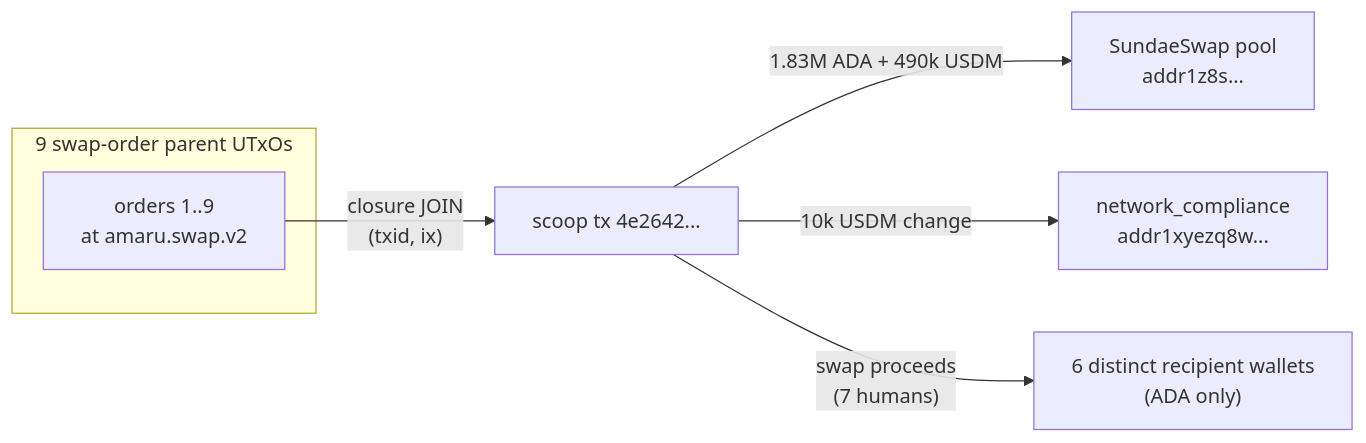
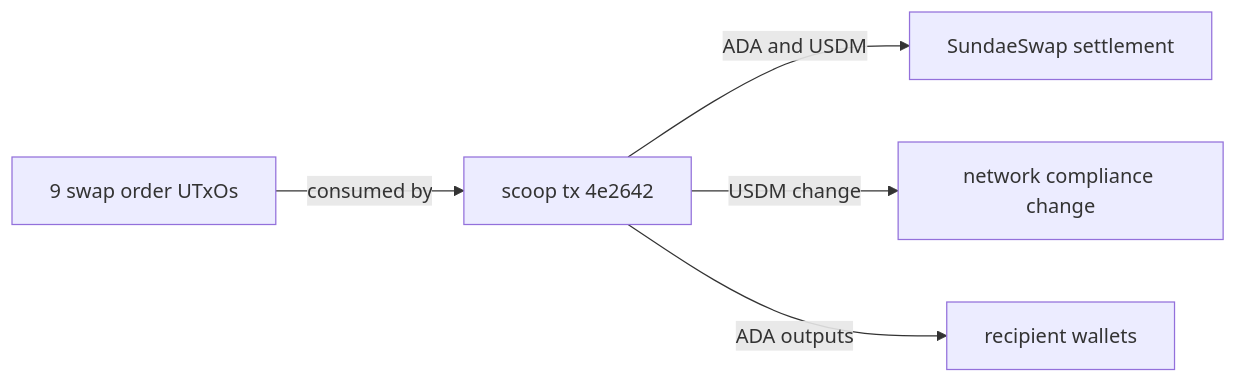
The fifth of 5 diagrams in docs/may-2026-amaru-lattice.md (lambdasistemi/cardano-tx-tools), drawn with Mermaid before and after one commit. The commit also changed other lines of this file and 17 other files, not shown here.

Commit message:
docs: add robust lattice diagrams

````diff
--- a/docs/may-2026-amaru-lattice.md
+++ b/docs/may-2026-amaru-lattice.md
@@ -504,10 +528,13 @@
 ```mermaid
 flowchart LR
-  subgraph orders["9 swap-order parent UTxOs"]
-    o["orders 1..9<br/>at amaru.swap.v2"]
-  end
-  o -->|"closure JOIN<br/>(txid, ix)"| scoop["scoop tx 4e2642..."]
-  scoop -->|"1.83M ADA + 490k USDM"| pool["SundaeSwap pool<br/>addr1z8s..."]
-  scoop -->|"10k USDM change"| netcomp["network_compliance<br/>addr1xyezq8w..."]
-  scoop -->|"swap proceeds<br/>(7 humans)"| humans["6 distinct recipient wallets<br/>(ADA only)"]
+  orders[9 swap order UTxOs]
+  scoop[scoop tx 4e2642]
+  pool[SundaeSwap settlement]
+  change[network compliance change]
+  wallets[recipient wallets]
+
+  orders -->|consumed by| scoop
+  scoop -->|ADA and USDM| pool
+  scoop -->|USDM change| change
+  scoop -->|ADA outputs| wallets
 ```
````
